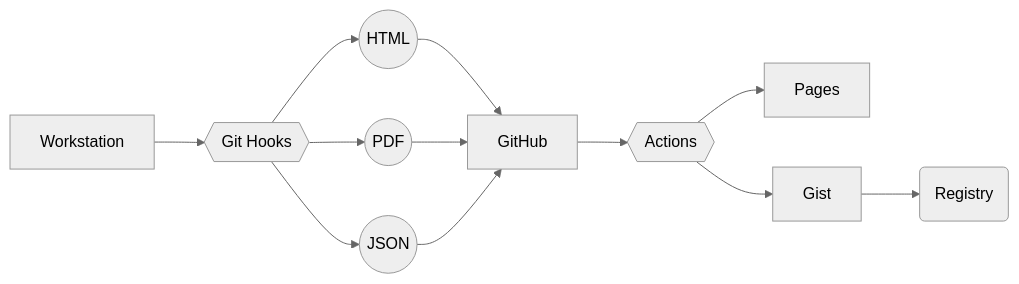
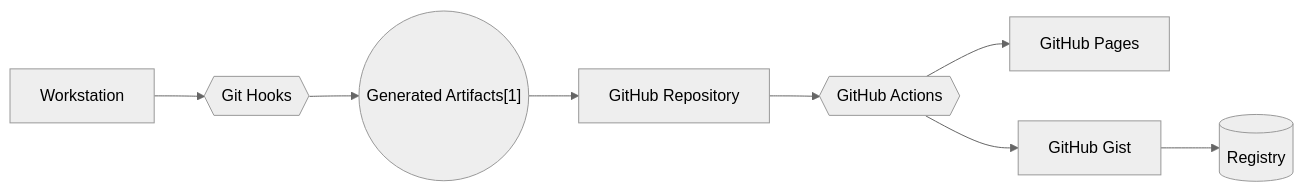
The diagram in README.md (weshenderson/weshenderson.github.io), drawn with Mermaid (neutral theme) before and after one commit. The commit also changed other lines of this file and 2 other files, not shown here.

Commit message:
Expanding notes.

````diff
--- a/README.md
+++ b/README.md
@@ -11,14 +11,18 @@
 ```mermaid
 flowchart LR
-    A[Workstation]-->B{{Git Hooks}};
-    B-->C((HTML));
-    B-->D((PDF));
-    B-->E((JSON));
-    C-->F[GitHub];
-    D-->F[GitHub];
-    E-->F[GitHub];
-    F-->G{{Actions}};
-    G-->H[Pages];
-    G-->I[Gist];
-    I-->J(Registry);
+    A[Workstation] --> B{{Git Hooks}}
+
+    B --> D(("Generated Artifacts[1]"))
+
+    D --> F[GitHub Repository]
+
+    F --> G{{GitHub Actions}}
+
+    G --> H[GitHub Pages]
+    G --> I[GitHub Gist]
+
+    I --> J[(Registry)]
+
+    %% Link the node to the footnote anchor
+    click D "#user-content-fn-1" "Go to footnote"
 ```
````
